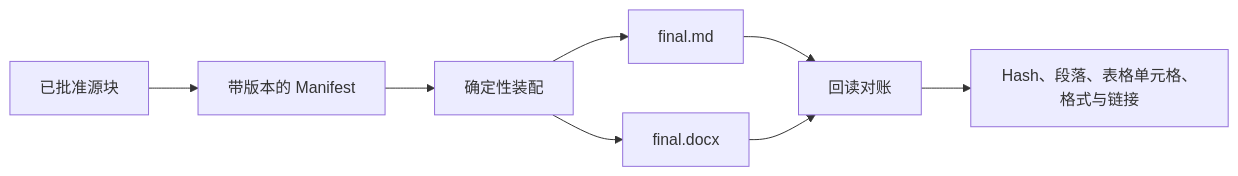
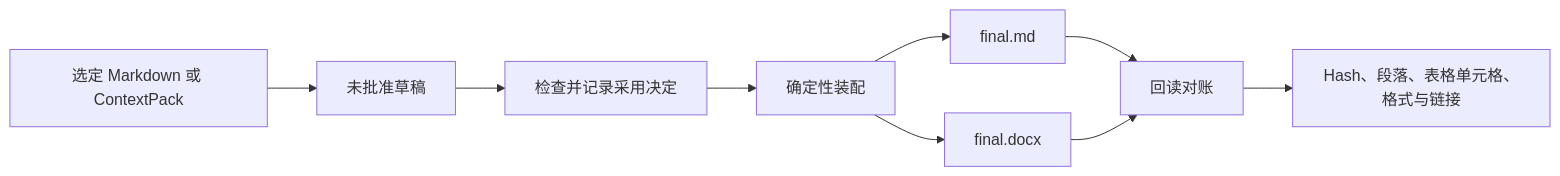
Before and after one commit to liulinlin718-netizen/final-assembly: the diagram in README.zh-CN.md, drawn with Mermaid. The commit also changed other lines of this file and 20 other files, not shown here.

````diff
--- a/README.zh-CN.md
+++ b/README.zh-CN.md
@@ -13,10 +21,11 @@
 ```mermaid
 flowchart LR
-    A[已批准源块] --> B[带版本的 Manifest]
-    B --> C[确定性装配]
+    A[选定 Markdown 或 ContextPack] --> B[未批准草稿]
+    B --> H[检查并记录采用决定]
+    H --> C[确定性装配]
     C --> D[final.md]
     C --> E[final.docx]
     D --> F[回读对账]
     E --> F
     F --> G[Hash、段落、表格单元格、格式与链接]
 ```
````
